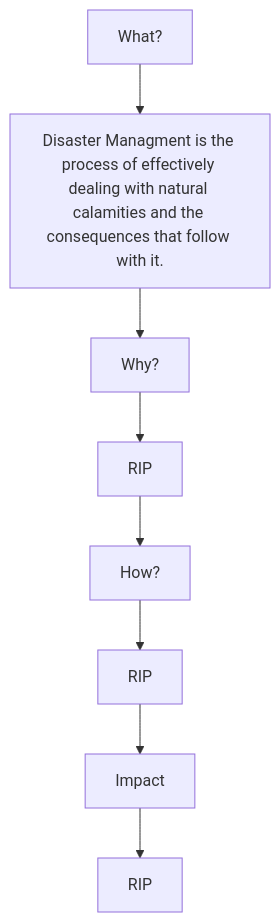
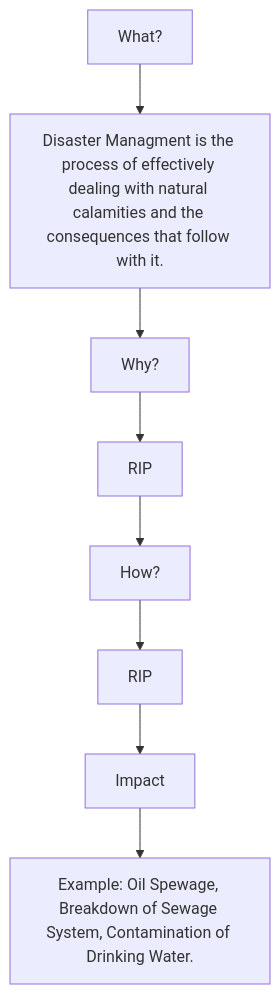
One commit to SivaaB/File_Leak_Detection changed the diagram in flowchart2.md. Above: the diagram before and after it, drawn with Mermaid.

````diff
--- a/flowchart2.md
+++ b/flowchart2.md
@@ -1,10 +1,10 @@
 ```mermaid
 graph TD
 A[What?] --> B[Disaster Managment is the process of effectively dealing with natural calamities and the consequences that follow with it.]
 B --> C[Why?] 
 C --> D[RIP]
 D --> E[How?]
 E --> F[RIP]
 F --> G[Impact]
-G --> H[RIP]
+G --> H[Example: Oil Spewage, Breakdown of Sewage System, Contamination of Drinking Water.]
  ```
````
